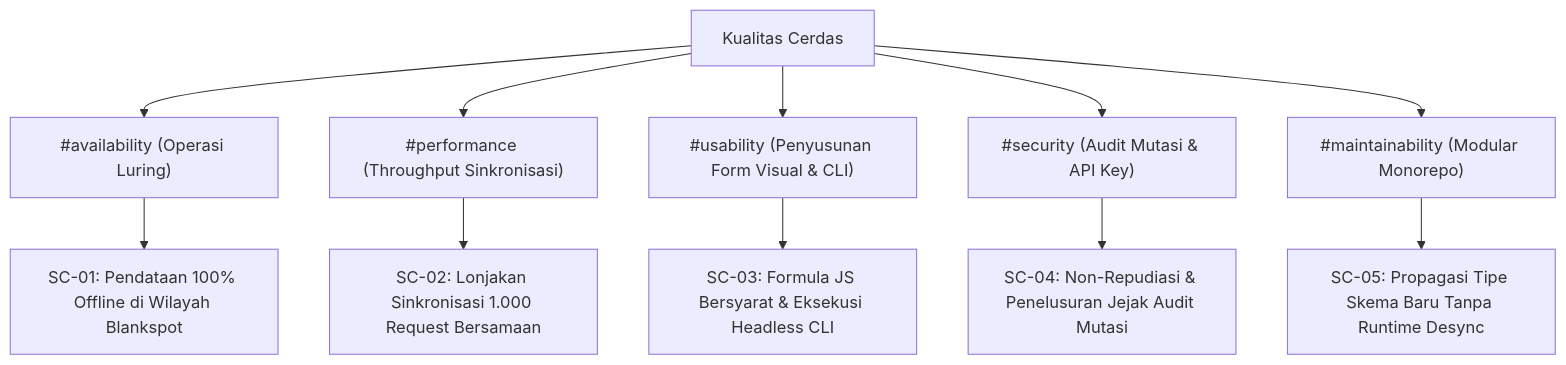
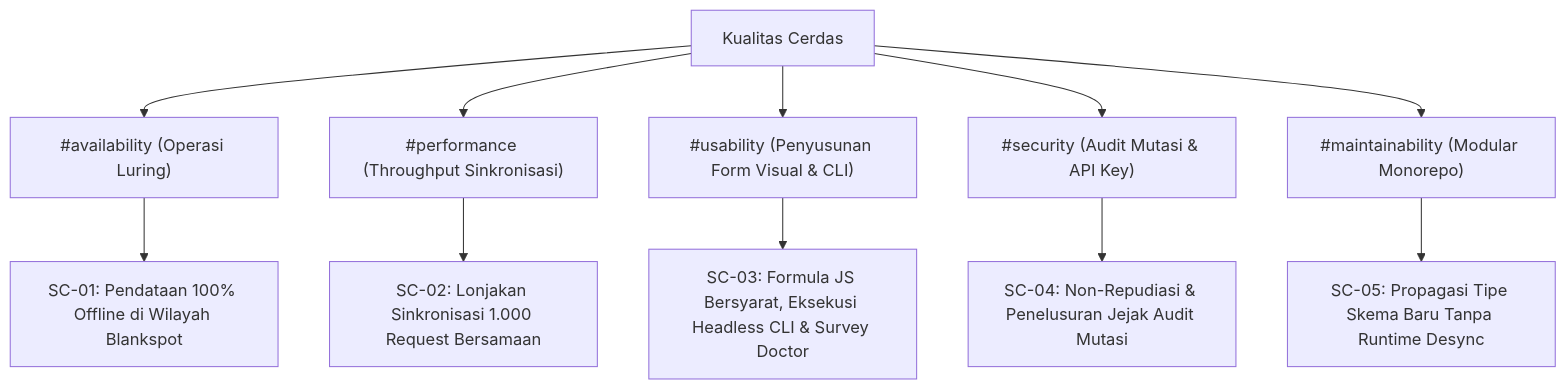
The diagram in docs/architecture/10_quality_requirements.md (ihkaru/cerdas), drawn with Mermaid before and after one commit. The commit also changed other lines of this file and 11 other files, not shown here.

Commit message:
docs(arc42): update architecture specifications and eliminate git drift to 1e60f1c

````diff
--- a/docs/architecture/10_quality_requirements.md
+++ b/docs/architecture/10_quality_requirements.md
@@ -15,14 +15,14 @@
 ```mermaid
 graph TD
     Q[Kualitas Cerdas] --> A["#availability (Operasi Luring)"]
     Q --> P["#performance (Throughput Sinkronisasi)"]
     Q --> U["#usability (Penyusunan Form Visual & CLI)"]
     Q --> S["#security (Audit Mutasi & API Key)"]
     Q --> M["#maintainability (Modular Monorepo)"]
 
     A --> SC1["SC-01: Pendataan 100% Offline di Wilayah Blankspot"]
     P --> SC2["SC-02: Lonjakan Sinkronisasi 1.000 Request Bersamaan"]
-    U --> SC3["SC-03: Formula JS Bersyarat & Eksekusi Headless CLI"]
+    U --> SC3["SC-03: Formula JS Bersyarat, Eksekusi Headless CLI & Survey Doctor"]
     S --> SC4["SC-04: Non-Repudiasi & Penelusuran Jejak Audit Mutasi"]
     M --> SC5["SC-05: Propagasi Tipe Skema Baru Tanpa Runtime Desync"]
 ```
````
